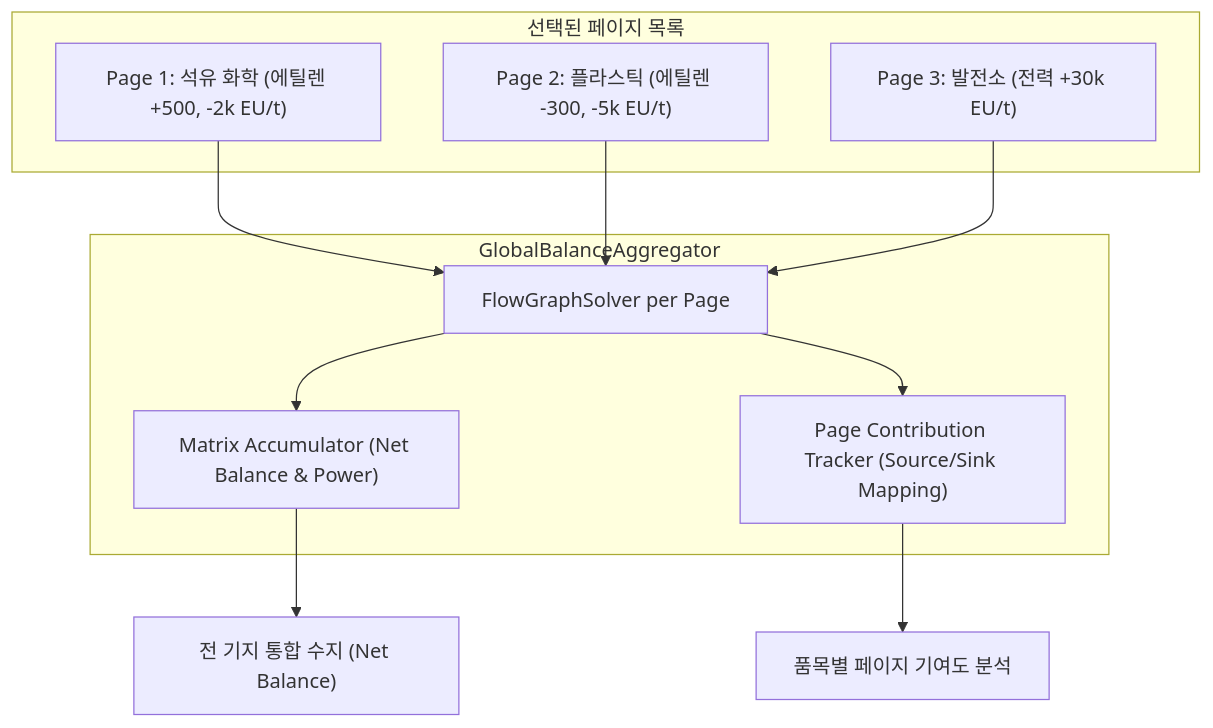
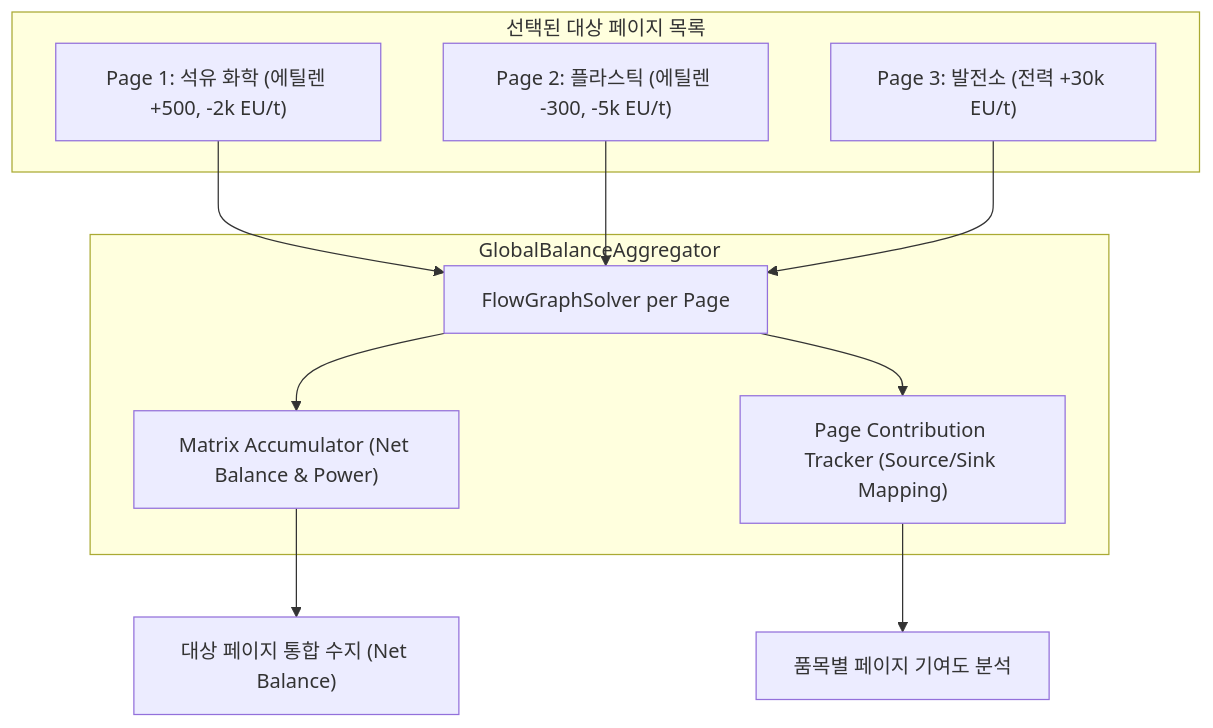
Before and after one commit to Amvermain/GregTechCalculatorBoard: the diagram in docs/RFC_V2_GLOBAL_BALANCE_DASHBOARD.md, drawn with Mermaid. The commit also changed other lines of this file and 1 other file, not shown here.

Commit message:
docs: neutralize terminology from '전 기지' to '대상 페이지' across RFCs

````diff
--- a/docs/RFC_V2_GLOBAL_BALANCE_DASHBOARD.md
+++ b/docs/RFC_V2_GLOBAL_BALANCE_DASHBOARD.md
@@ -33,21 +33,21 @@
 ```mermaid
 graph TD
-    subgraph SelectedPages ["선택된 페이지 목록"]
+    subgraph SelectedPages ["선택된 대상 페이지 목록"]
         P1["Page 1: 석유 화학 (에틸렌 +500, -2k EU/t)"]
         P2["Page 2: 플라스틱 (에틸렌 -300, -5k EU/t)"]
         P3["Page 3: 발전소 (전력 +30k EU/t)"]
     end
 
     subgraph AggregatorEngine ["GlobalBalanceAggregator"]
         Solver["FlowGraphSolver per Page"]
         Accumulator["Matrix Accumulator (Net Balance & Power)"]
         Tracker["Page Contribution Tracker (Source/Sink Mapping)"]
     end
 
     P1 & P2 & P3 --> Solver
     Solver --> Accumulator
     Solver --> Tracker
 
-    Accumulator --> NetSummary["전 기지 통합 수지 (Net Balance)"]
+    Accumulator --> NetSummary["대상 페이지 통합 수지 (Net Balance)"]
     Tracker --> BreakdownData["품목별 페이지 기여도 분석"]
 ```
````
